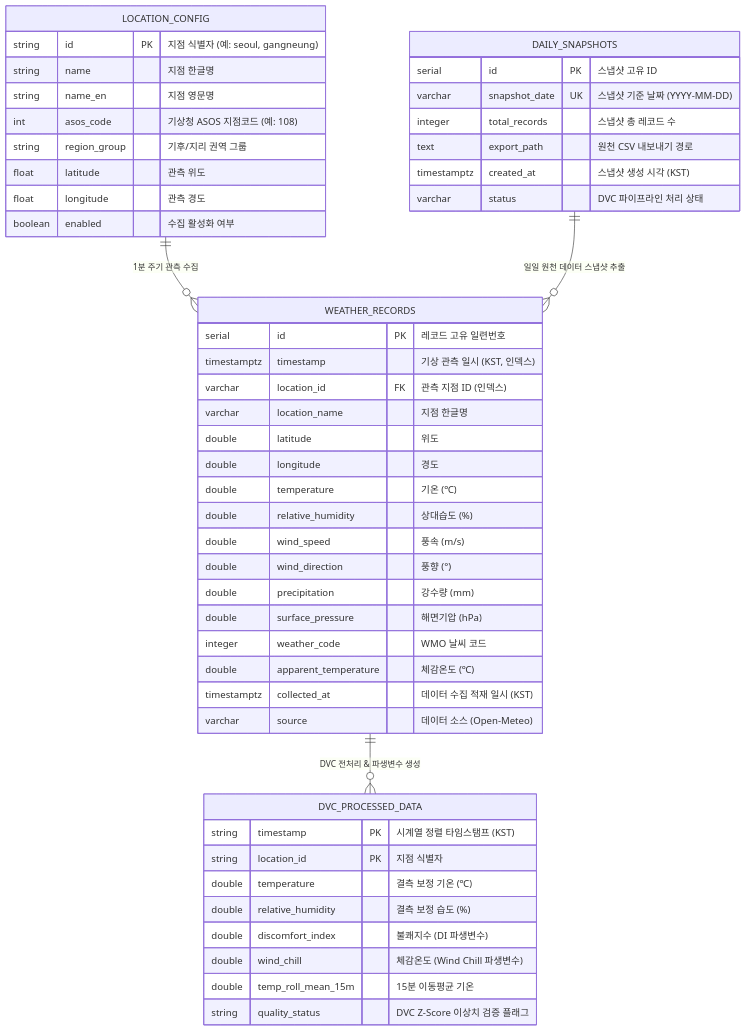
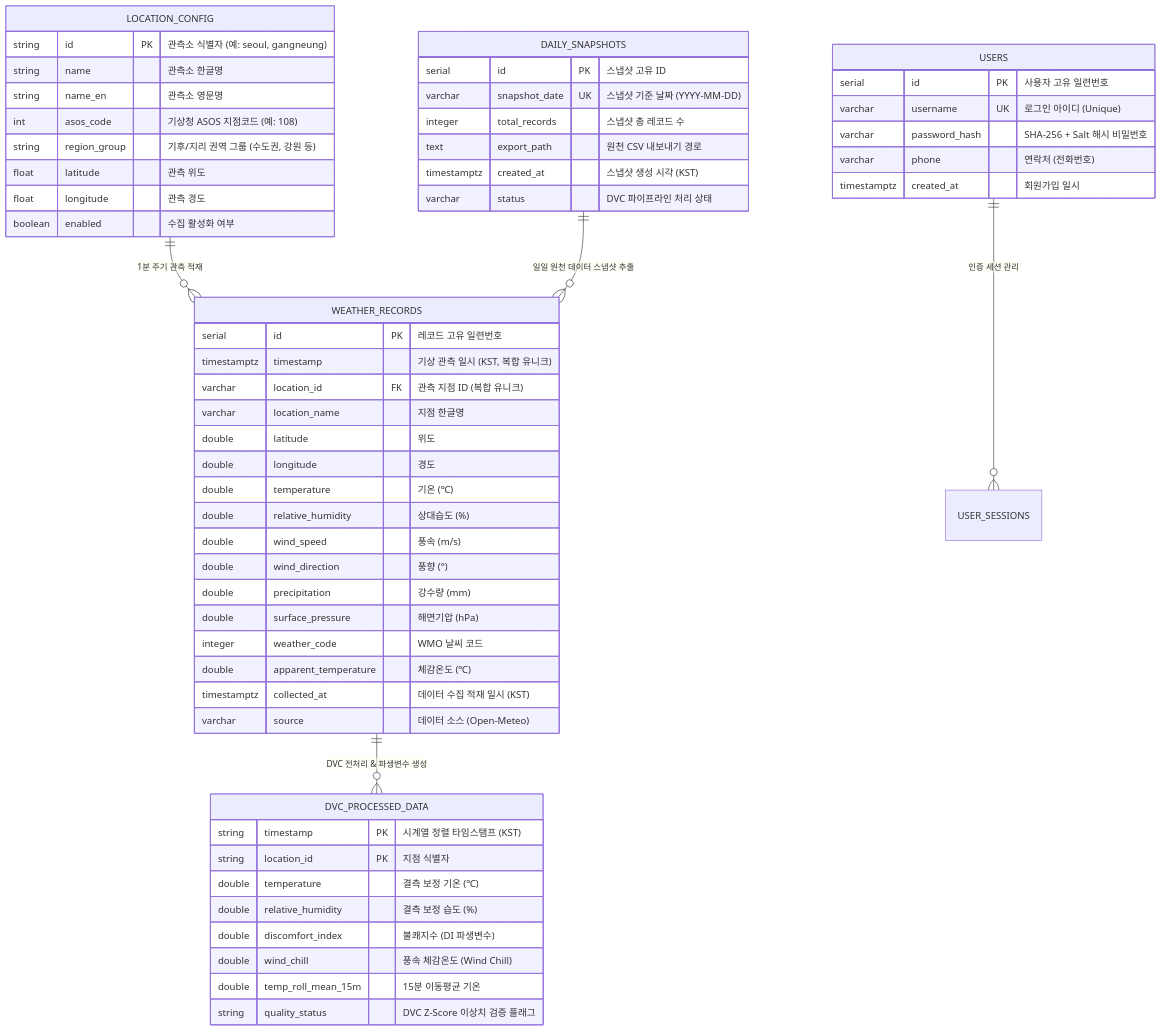
The second of 3 diagrams in README.md (hugingstar/WeatherDVC), drawn with Mermaid before and after one commit. The commit also changed other lines of this file, not shown here.

Commit message:
docs: Update README.md with latest architecture, ER diagram, sequence diagram, and feature docs

````diff
--- a/README.md
+++ b/README.md
@@ -71,56 +72,65 @@
 ```mermaid
 erDiagram
-    LOCATION_CONFIG ||--o{ WEATHER_RECORDS : "1분 주기 관측 수집"
+    LOCATION_CONFIG ||--o{ WEATHER_RECORDS : "1분 주기 관측 적재"
     DAILY_SNAPSHOTS ||--o{ WEATHER_RECORDS : "일일 원천 데이터 스냅샷 추출"
     WEATHER_RECORDS ||--o{ DVC_PROCESSED_DATA : "DVC 전처리 & 파생변수 생성"
+    USERS ||--o{ USER_SESSIONS : "인증 세션 관리"
+
+    USERS {
+        serial id PK "사용자 고유 일련번호"
+        varchar username UK "로그인 아이디 (Unique)"
+        varchar password_hash "SHA-256 + Salt 해시 비밀번호"
+        varchar phone "연락처 (전화번호)"
+        timestamptz created_at "회원가입 일시"
+    }
 
     LOCATION_CONFIG {
-        string id PK "지점 식별자 (예: seoul, gangneung)"
-        string name "지점 한글명"
-        string name_en "지점 영문명"
+        string id PK "관측소 식별자 (예: seoul, gangneung)"
+        string name "관측소 한글명"
+        string name_en "관측소 영문명"
         int asos_code "기상청 ASOS 지점코드 (예: 108)"
-        string region_group "기후/지리 권역 그룹"
+        string region_group "기후/지리 권역 그룹 (수도권, 강원 등)"
         float latitude "관측 위도"
         float longitude "관측 경도"
         boolean enabled "수집 활성화 여부"
     }
 
     WEATHER_RECORDS {
         serial id PK "레코드 고유 일련번호"
-        timestamptz timestamp "기상 관측 일시 (KST, 인덱스)"
-        varchar location_id FK "관측 지점 ID (인덱스)"
+        timestamptz timestamp "기상 관측 일시 (KST, 복합 유니크)"
+        varchar location_id FK "관측 지점 ID (복합 유니크)"
         varchar location_name "지점 한글명"
         double latitude "위도"
         double longitude "경도"
         double temperature "기온 (℃)"
         double relative_humidity "상대습도 (%)"
         double wind_speed "풍속 (m/s)"
         double wind_direction "풍향 (°)"
         double precipitation "강수량 (mm)"
         double surface_pressure "해면기압 (hPa)"
         integer weather_code "WMO 날씨 코드"
         double apparent_temperature "체감온도 (℃)"
         timestamptz collected_at "데이터 수집 적재 일시 (KST)"
         varchar source "데이터 소스 (Open-Meteo)"
     }
 
     DAILY_SNAPSHOTS {
         serial id PK "스냅샷 고유 ID"
         varchar snapshot_date UK "스냅샷 기준 날짜 (YYYY-MM-DD)"
         integer total_records "스냅샷 총 레코드 수"
         text export_path "원천 CSV 내보내기 경로"
         timestamptz created_at "스냅샷 생성 시각 (KST)"
         varchar status "DVC 파이프라인 처리 상태"
     }
 
     DVC_PROCESSED_DATA {
         string timestamp PK "시계열 정렬 타임스탬프 (KST)"
         string location_id PK "지점 식별자"
         double temperature "결측 보정 기온 (℃)"
         double relative_humidity "결측 보정 습도 (%)"
         double discomfort_index "불쾌지수 (DI 파생변수)"
-        double wind_chill "체감온도 (Wind Chill 파생변수)"
+        double wind_chill "풍속 체감온도 (Wind Chill)"
         double temp_roll_mean_15m "15분 이동평균 기온"
         string quality_status "DVC Z-Score 이상치 검증 플래그"
     }
 ```
````
